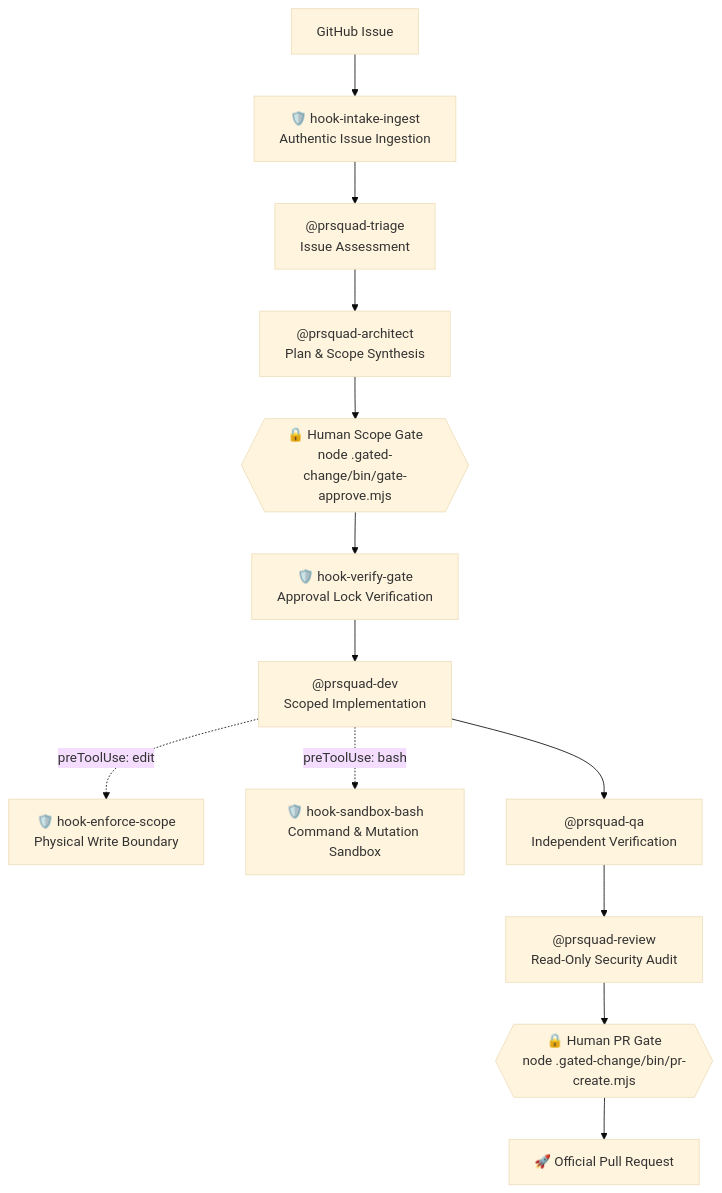
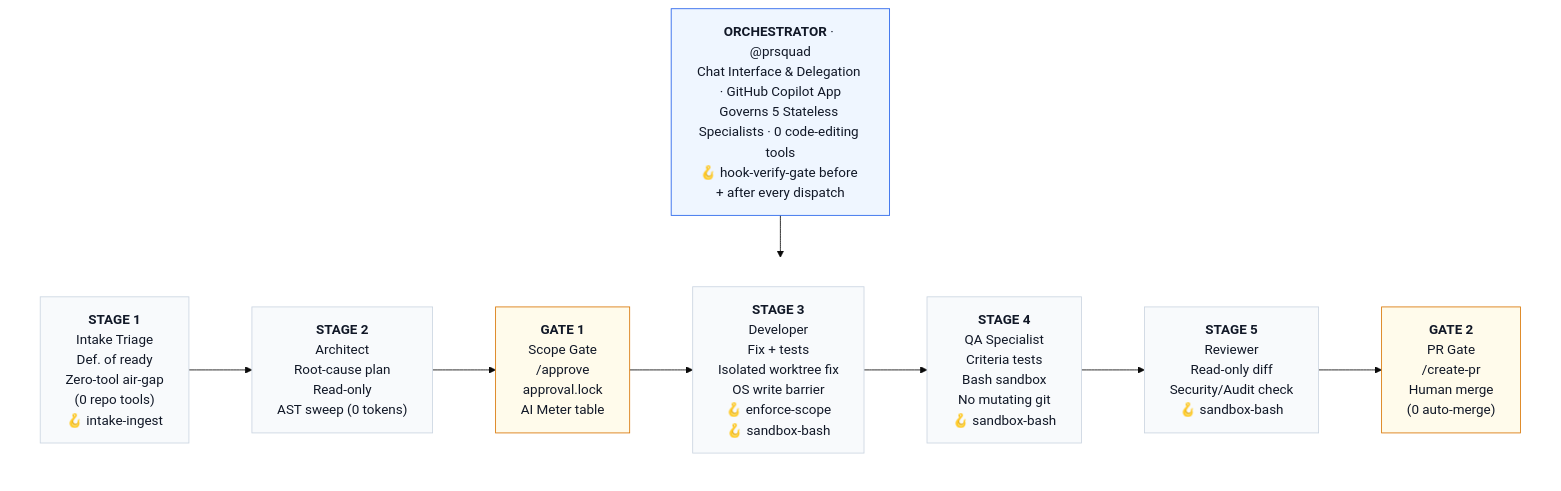
One commit to vamsicherukuri/PRsquad changed the first of 2 diagrams in README.md. Above: the diagram before and after it, drawn with Mermaid (base theme). The commit also changed other lines of this file and 1 other file, not shown here.

Commit message:
docs(readme): add visual architecture flow image, mermaid diagram, and hook mapping table

````diff
--- a/README.md
+++ b/README.md
@@ -90,20 +92,26 @@
 ```mermaid
-flowchart TD
-    Issue["GitHub Issue"] --> H_INTAKE["🛡️ hook-intake-ingest<br/>Authentic Issue Ingestion"]
-    H_INTAKE --> T["@prsquad-triage<br/>Issue Assessment"]
-    T --> A["@prsquad-architect<br/>Plan & Scope Synthesis"]
+flowchart TB
+    O["<b>ORCHESTRATOR</b> · @prsquad<br/>Chat Interface & Delegation · GitHub Copilot App<br/>Governs 5 Stateless Specialists · 0 code-editing tools<br/>🪝 hook-verify-gate before + after every dispatch"]
 
-    A --> G_SCOPE{{"🔒 Human Scope Gate<br/>node .gated-change/bin/gate-approve.mjs"}}
+    subgraph FLOW[" "]
+        direction LR
+        T["<b>STAGE 1</b><br/>Intake Triage<br/>Def. of ready<br/>Zero-tool air-gap<br/>(0 repo tools)<br/>🪝 intake-ingest"]
+        A["<b>STAGE 2</b><br/>Architect<br/>Root-cause plan<br/>Read-only<br/>AST sweep (0 tokens)"]
+        G1["<b>GATE 1</b><br/>Scope Gate<br/>/approve<br/>approval.lock<br/>AI Meter table"]
+        D["<b>STAGE 3</b><br/>Developer<br/>Fix + tests<br/>Isolated worktree fix<br/>OS write barrier<br/>🪝 enforce-scope<br/>🪝 sandbox-bash"]
+        Q["<b>STAGE 4</b><br/>QA Specialist<br/>Criteria tests<br/>Bash sandbox<br/>No mutating git<br/>🪝 sandbox-bash"]
+        R["<b>STAGE 5</b><br/>Reviewer<br/>Read-only diff<br/>Security/Audit check<br/>🪝 sandbox-bash"]
+        G2["<b>GATE 2</b><br/>PR Gate<br/>/create-pr<br/>Human merge<br/>(0 auto-merge)"]
+        T --> A --> G1 --> D --> Q --> R --> G2
+    end
 
-    G_SCOPE --> H_GATE["🛡️ hook-verify-gate<br/>Approval Lock Verification"]
-    H_GATE --> D["@prsquad-dev<br/>Scoped Implementation"]
+    O --> FLOW
 
-    D -.->|preToolUse: edit| H_SCOPE["🛡️ hook-enforce-scope<br/>Physical Write Boundary"]
-    D -.->|preToolUse: bash| H_BASH["🛡️ hook-sandbox-bash<br/>Command & Mutation Sandbox"]
-
-    D --> Q["@prsquad-qa<br/>Independent Verification"]
-    Q --> R["@prsquad-review<br/>Read-Only Security Audit"]
-
-    R --> G_PR{{"🔒 Human PR Gate<br/>node .gated-change/bin/pr-create.mjs"}}
-    G_PR --> PR["🚀 Official Pull Request"]
+    classDef orch fill:#EFF6FF,stroke:#2563EB,color:#111827
+    classDef stage fill:#F8FAFC,stroke:#CBD5E1,color:#111827
+    classDef gate fill:#FFFBEB,stroke:#D97706,color:#111827
+    class O orch
+    class T,A,D,Q,R stage
+    class G1,G2 gate
+    style FLOW fill:none,stroke:none
 ```
````
